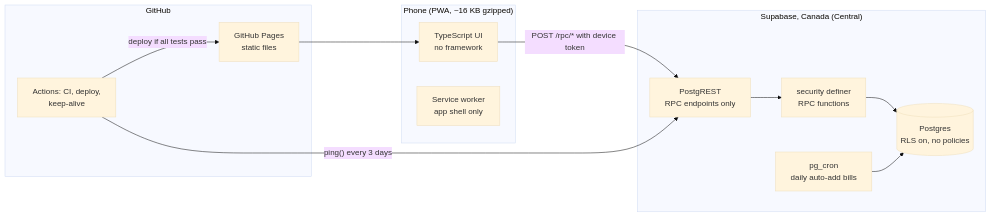
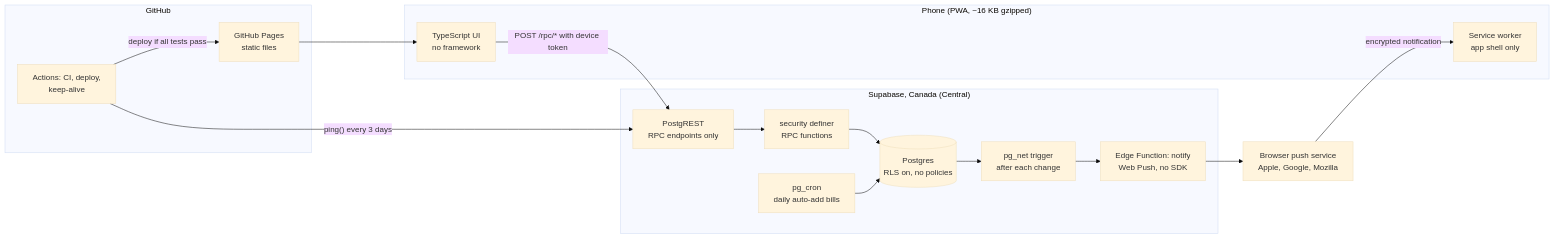
Before and after one commit to pierremakhlouta/evenly: the diagram in README.md, drawn with Mermaid (base theme). The commit also changed other lines of this file and 23 other files, not shown here.

````diff
--- a/README.md
+++ b/README.md
@@ -35,22 +36,26 @@
 ```mermaid
 flowchart LR
   subgraph Phone["Phone (PWA, ~16 KB gzipped)"]
     UI["TypeScript UI<br/>no framework"]
     SW["Service worker<br/>app shell only"]
   end
   subgraph GH["GitHub"]
     Pages["GitHub Pages<br/>static files"]
     CI["Actions: CI, deploy,<br/>keep-alive"]
   end
   subgraph SB["Supabase, Canada (Central)"]
     API["PostgREST<br/>RPC endpoints only"]
     RPC["security definer<br/>RPC functions"]
     DB[("Postgres<br/>RLS on, no policies")]
     Cron["pg_cron<br/>daily auto-add bills"]
+    Net["pg_net trigger<br/>after each change"]
+    Fn["Edge Function: notify<br/>Web Push, no SDK"]
   end
+  PushSvc["Browser push service<br/>Apple, Google, Mozilla"]
   Pages --> UI
   UI -- "POST /rpc/* with device token" --> API --> RPC --> DB
   Cron --> DB
+  DB --> Net --> Fn --> PushSvc -- "encrypted notification" --> SW
   CI -- "deploy if all tests pass" --> Pages
   CI -- "ping() every 3 days" --> API
 ```
````
